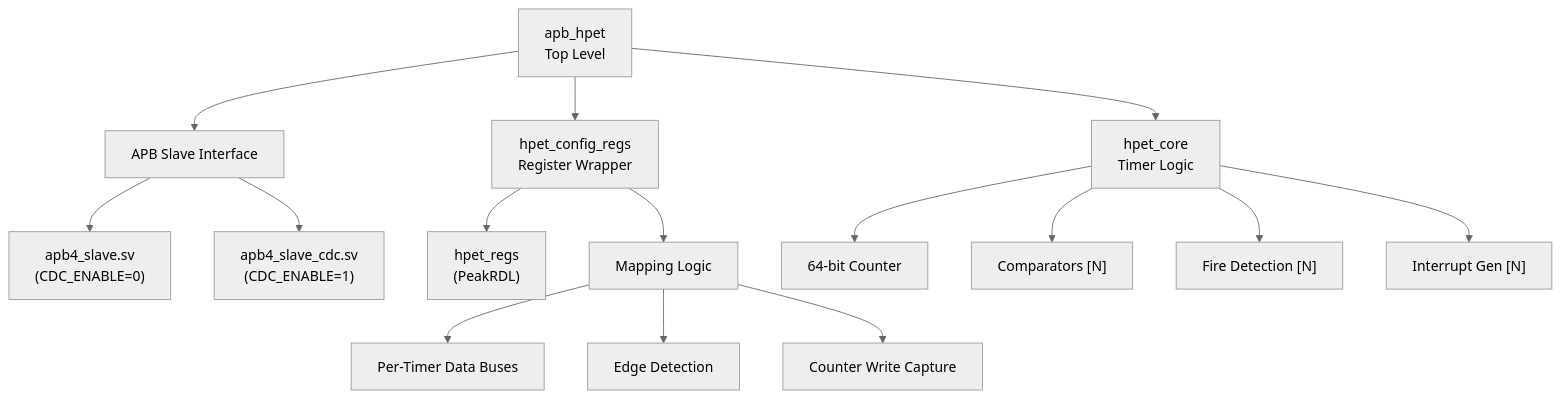
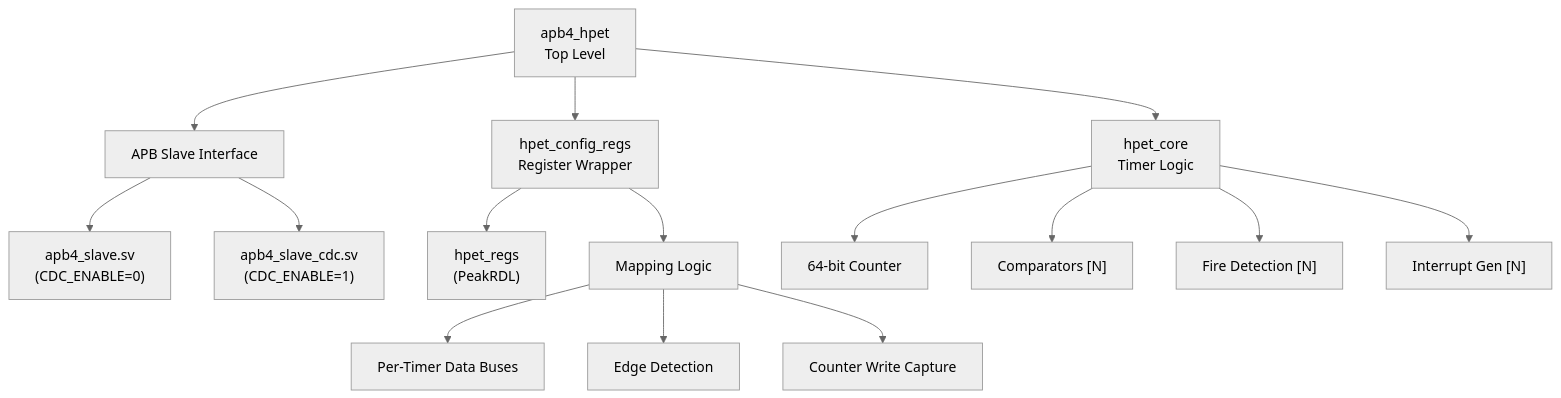
One commit to sean-galloway/RTLDesignSherpa changed the diagram in projects/components/retro_legacy_blocks/docs/hpet_mas/assets/mermaid/hpet_module_hierarchy.mmd. Above: the diagram before and after it, drawn with Mermaid. The commit also changed 751 other files, not shown here.

```diff
--- a/projects/components/retro_legacy_blocks/docs/hpet_mas/assets/mermaid/hpet_module_hierarchy.mmd
+++ b/projects/components/retro_legacy_blocks/docs/hpet_mas/assets/mermaid/hpet_module_hierarchy.mmd
@@ -1,19 +1,19 @@
 %%{init: {'theme': 'neutral'}}%%
 flowchart TB
-    TOP[apb_hpet<br/>Top Level]
+    TOP[apb4_hpet<br/>Top Level]
     TOP --> APB["APB Slave Interface"]
     APB --> APB_S["apb4_slave.sv<br/>(CDC_ENABLE=0)"]
     APB --> APB_CDC["apb4_slave_cdc.sv<br/>(CDC_ENABLE=1)"]
 
     TOP --> CFG["hpet_config_regs<br/>Register Wrapper"]
     CFG --> REGS["hpet_regs<br/>(PeakRDL)"]
     CFG --> MAP["Mapping Logic"]
     MAP --> PERBUS["Per-Timer Data Buses"]
     MAP --> EDGE["Edge Detection"]
     MAP --> CAPTURE["Counter Write Capture"]
 
     TOP --> CORE["hpet_core<br/>Timer Logic"]
     CORE --> CNT["64-bit Counter"]
     CORE --> COMP["Comparators [N]"]
     CORE --> FIRE["Fire Detection [N]"]
     CORE --> IRQ_GEN["Interrupt Gen [N]"]
```
